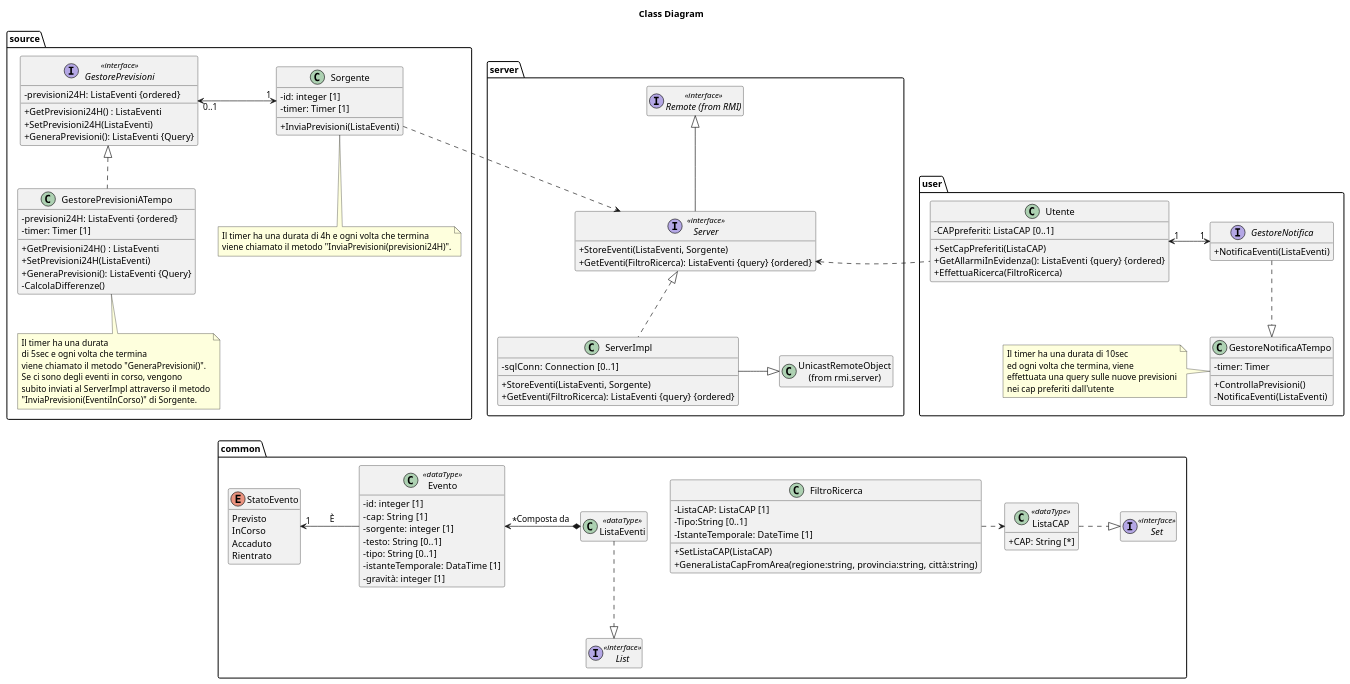
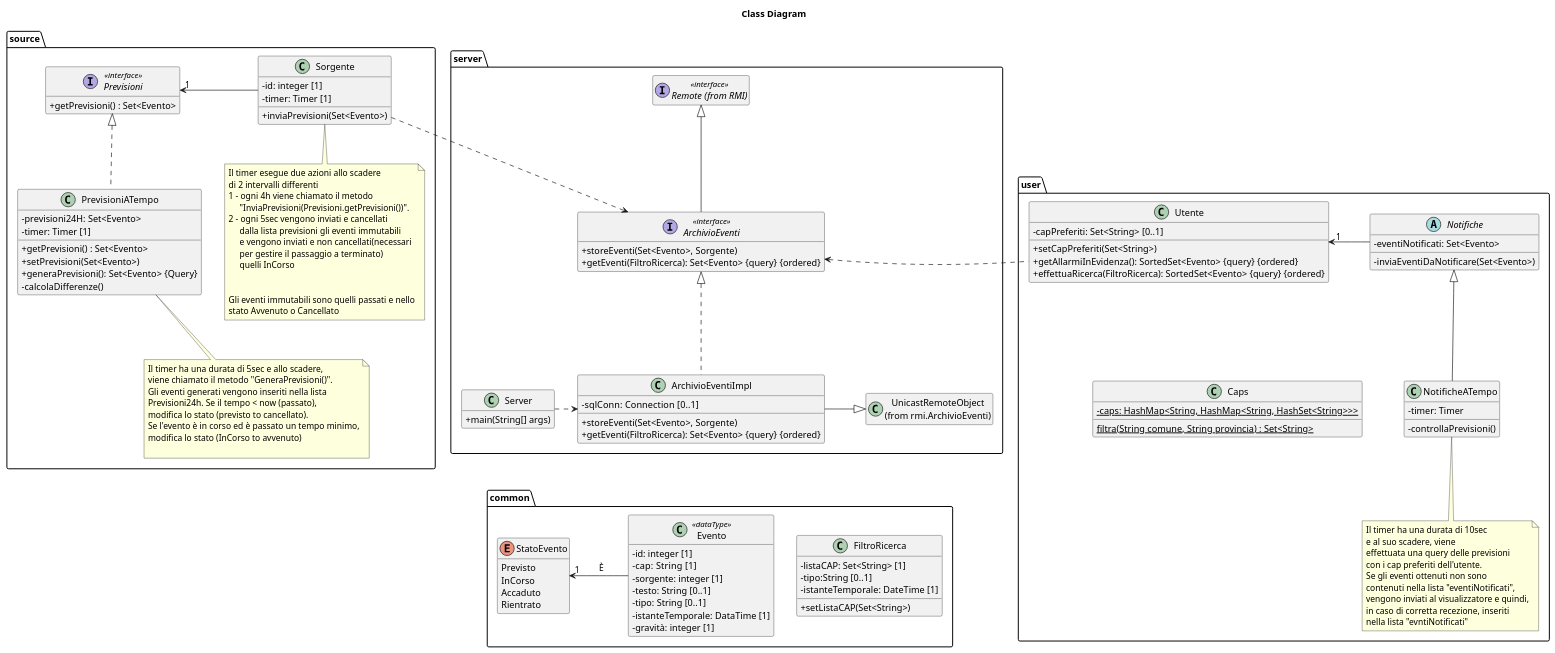
Before and after one commit to xFA25E/sweng_14_2019: the diagram in docs/diagrams/class.puml, drawn with PlantUML. The commit also changed 1 other file, not shown here.

Commit message:
changes on class diagram
-deleted Set interfaces and custom collection dataType.
 Instead use Set<type>
 -changes on API for Sorgente-Previsioni and for Notifica-Utente
 -minor changes for naming and graphics

```diff
--- a/docs/diagrams/class.puml
+++ b/docs/diagrams/class.puml
@@ -1,130 +1,124 @@
 @startuml
 title Class Diagram
 package source {
-    interface GestorePrevisioni<<interface>> {
-        - previsioni24H: ListaEventi {ordered}
-        + GetPrevisioni24H() : ListaEventi
-        + SetPrevisioni24H(ListaEventi)
-        + GeneraPrevisioni(): ListaEventi {Query}
+    interface Previsioni<<interface>> {
+        + getPrevisioni() : Set<Evento>
     }
 
-    class GestorePrevisioniATempo {
-        - previsioni24H: ListaEventi {ordered}
+    class PrevisioniATempo {
+        - previsioni24H: Set<Evento>
         - timer: Timer [1]
-        + GetPrevisioni24H() : ListaEventi
-        + SetPrevisioni24H(ListaEventi)
-        + GeneraPrevisioni(): ListaEventi {Query}
-        - CalcolaDifferenze()
+        + getPrevisioni() : Set<Evento>
+        + setPrevisioni(Set<Evento>)
+        + generaPrevisioni(): Set<Evento> {Query}
+        - calcolaDifferenze()
     }
 
     class Sorgente {
         - id: integer [1]
         - timer: Timer [1]
-        + InviaPrevisioni(ListaEventi)
+        + inviaPrevisioni(Set<Evento>)
     }
-    note bottom of Sorgente: Il timer ha una durata di 4h e ogni volta che termina\nviene chiamato il metodo "InviaPrevisioni(previsioni24H)".
-    note bottom of GestorePrevisioniATempo: Il timer ha una durata\ndi 5sec e ogni volta che termina\nviene chiamato il metodo "GeneraPrevisioni()".\nSe ci sono degli eventi in corso, vengono\nsubito inviati al ServerImpl attraverso il metodo\n"InviaPrevisioni(EventiInCorso)" di Sorgente.
+    note bottom of Sorgente: Il timer esegue due azioni allo scadere\ndi 2 intervalli differenti\n1 - ogni 4h viene chiamato il metodo\n     "InviaPrevisioni(Previsioni.getPrevisioni())".\n2 - ogni 5sec vengono inviati e cancellati\n     dalla lista previsioni gli eventi immutabili\n     e vengono inviati e non cancellati(necessari\n     per gestire il passaggio a terminato)\n     quelli InCorso\n\n\nGli eventi immutabili sono quelli passati e nello\nstato Avvenuto o Cancellato      
+    note bottom of PrevisioniATempo: Il timer ha una durata di 5sec e allo scadere,\nviene chiamato il metodo "GeneraPrevisioni()".\nGli eventi generati vengono inseriti nella lista\nPrevisioni24h. Se il tempo < now (passato),\nmodifica lo stato (previsto to cancellato).\nSe l'evento è in corso ed è passato un tempo minimo,\nmodifica lo stato (InCorso to avvenuto)\n
 
-    GestorePrevisioni "0..1" <-> "1" Sorgente : \t\t\t
-    GestorePrevisioni <|.. GestorePrevisioniATempo
+    Previsioni "1" <- Sorgente : \t\t\t
+    Previsioni <|.. PrevisioniATempo
 }
 
 package server{
     interface "Remote (from RMI)" as Remote <<interface>>
 
-    interface Server<<interface>> {
-        + StoreEventi(ListaEventi, Sorgente)
-        + GetEventi(FiltroRicerca): ListaEventi {query} {ordered}
+    interface ArchivioEventi<<interface>> {
+        + storeEventi(Set<Evento>, Sorgente)
+        + getEventi(FiltroRicerca): Set<Evento> {query} {ordered}
     }
 
-    class ServerImpl {
+    class ArchivioEventiImpl {
         - sqlConn: Connection  [0..1]
-        + StoreEventi(ListaEventi, Sorgente)
-        + GetEventi(FiltroRicerca): ListaEventi {query} {ordered}
+        + storeEventi(Set<Evento>, Sorgente)
+        + getEventi(FiltroRicerca): Set<Evento> {query} {ordered}
     }
 
-    class "UnicastRemoteObject\n(from rmi.server)" as UnicastRemoteObject
+    class "UnicastRemoteObject\n(from rmi.ArchivioEventi)" as UnicastRemoteObject
 
-    Remote <|-- Server
-    Server <|.. ServerImpl
-    ServerImpl -|> UnicastRemoteObject :\t
+    class Server {
+        + main(String[] args)
+    }
+
+    Remote <|-- ArchivioEventi
+    ArchivioEventi <|.. ArchivioEventiImpl
+    ArchivioEventiImpl -|> UnicastRemoteObject :\t
+    Server .> ArchivioEventiImpl
 }
 
-Sorgente .> Server
+Sorgente .> ArchivioEventi
 
 package user {
     class Utente {
-        - CAPpreferiti: ListaCAP [0..1]
-        + SetCapPreferiti(ListaCAP)
-        + GetAllarmiInEvidenza(): ListaEventi {query} {ordered}
-        + EffettuaRicerca(FiltroRicerca)
+        - capPreferiti: Set<String> [0..1]
+        + setCapPreferiti(Set<String>)
+        + getAllarmiInEvidenza(): SortedSet<Evento> {query} {ordered}
+        + effettuaRicerca(FiltroRicerca): SortedSet<Evento> {query} {ordered}
     }
 
-    interface GestoreNotifica {
-        + NotificaEventi(ListaEventi)
+    abstract Notifiche {
+        - eventiNotificati: Set<Evento>
+        - inviaEventiDaNotificare(Set<Evento>)
     }
 
-    class GestoreNotificaATempo {
+    class NotificheATempo {
         - timer: Timer
-        + ControllaPrevisioni()
-        - NotificaEventi(ListaEventi)
+        - controllaPrevisioni()
     }
-    note left of GestoreNotificaATempo: Il timer ha una durata di 10sec\ned ogni volta che termina, viene\neffettuata una query sulle nuove previsioni\nnei cap preferiti dall'utente
+    note bottom of NotificheATempo: Il timer ha una durata di 10sec\ne al suo scadere, viene\neffettuata una query delle previsioni\ncon i cap preferiti dell'utente.\nSe gli eventi ottenuti non sono\ncontenuti nella lista "eventiNotificati",\nvengono inviati al visualizzatore e quindi,\nin caso di corretta recezione, inseriti\nnella lista "evntiNotificati"
 
-    Utente "1" <-> "1" GestoreNotifica :\t
-    GestoreNotifica ..|> GestoreNotificaATempo
+    class Caps {
+        - {static} caps: HashMap<String, HashMap<String, HashSet<String>>>
+        {static} filtra(String comune, String provincia) : Set<String>
+    }
+
+    Utente " 1" <- Notifiche :\t
+    Notifiche <|-- NotificheATempo
 }
 
-Server <. Utente
+ArchivioEventi <. Utente
 
 package common {
     enum StatoEvento {
         Previsto
         InCorso
         Accaduto
         Rientrato
     }
 
     class Evento<<dataType>> {
         - id: integer [1]
         - cap: String  [1]
         - sorgente: integer [1]
         - testo: String [0..1]
         - tipo: String [0..1]
         - istanteTemporale: DataTime [1]
         - gravità: integer [1]
     }
 
-    class ListaEventi <<dataType>>
-
-    interface List<<interface>>
-
-    ListaEventi ..|> List: \t
     StatoEvento "1" <- Evento: \tÈ\t
-    Evento " * " <-*  ListaEventi: Composta da
 
     class FiltroRicerca {
-        - ListaCAP: ListaCAP [1]
-        - Tipo:String [0..1]
-        - IstanteTemporale: DateTime [1]
-        + SetListaCAP(ListaCAP)
-        + GeneraListaCapFromArea(regione:string, provincia:string, città:string)
+        - listaCAP: Set<String> [1]
+        - tipo:String [0..1]
+        - istanteTemporale: DateTime [1]
+        + setListaCAP(Set<String>)
     }
-
-    class ListaCAP <<dataType>> {
-        + CAP: String [*]
-    }
-
-    interface Set<<interface>>
-
-    ListaCAP .|> Set :\t
-    FiltroRicerca .> ListaCAP
 }
 
 'Layout only
 hide empty members
 skinparam classAttributeIconSize 0
-ListaEventi -[hidden] FiltroRicerca
-GestorePrevisioniATempo -[hidden]-- StatoEvento
-ServerImpl .[hidden].> ListaEventi
+PrevisioniATempo -[hidden]-- StatoEvento
+ArchivioEventi .[hidden].> Server
+ArchivioEventiImpl .[hidden].> Evento
+Notifiche .[hidden].> FiltroRicerca
+Caps -[hidden]> NotificheATempo: \t
+
 @enduml
```
